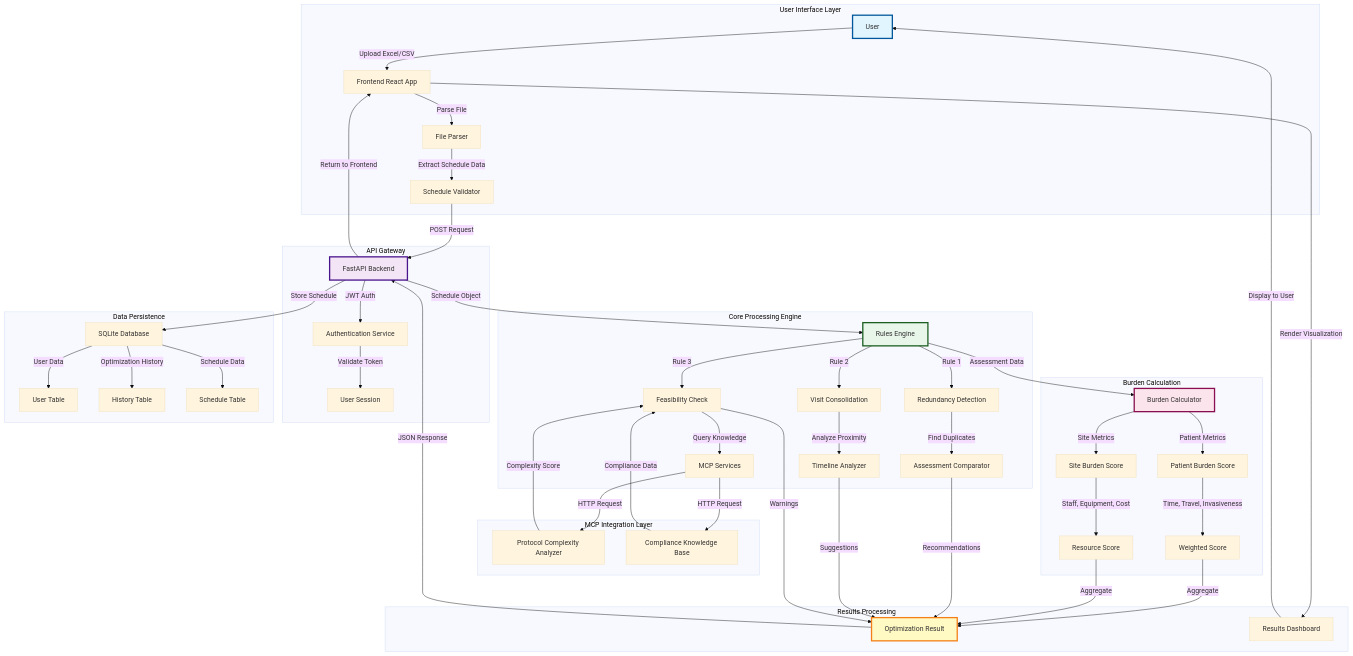
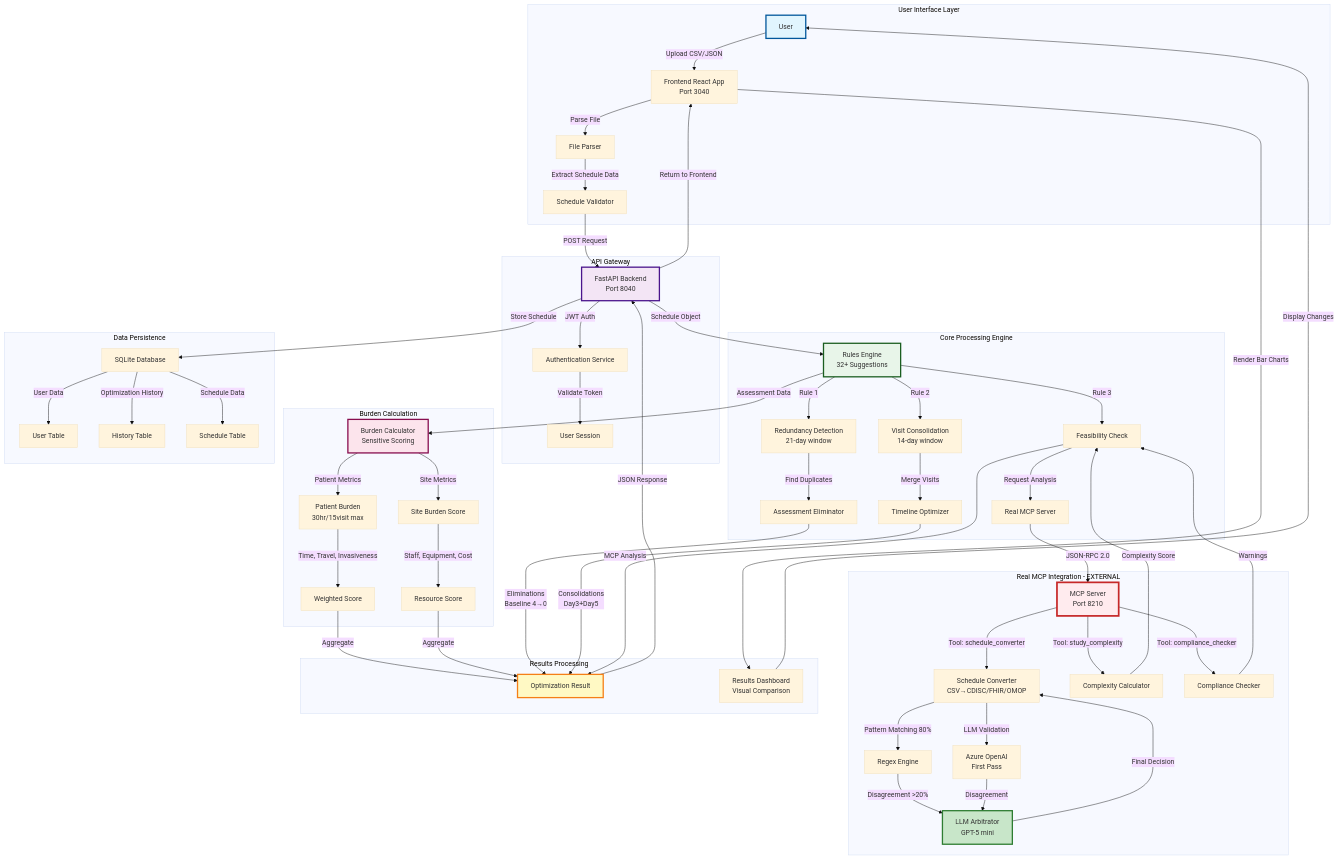
Before and after one commit to sagearbor/schedule-assessments-optimizer: the diagram in frontend/public/diagrams/data-flow-detailed.mmd, drawn with Mermaid (base theme). The commit also changed 14 other files, not shown here.

First line of the commit message:
Integrate real MCP server and update documentation

```diff
--- a/frontend/public/diagrams/data-flow-detailed.mmd
+++ b/frontend/public/diagrams/data-flow-detailed.mmd
@@ -1,65 +1,76 @@
 graph TB
     subgraph "User Interface Layer"
-        A[User] -->|Upload Excel/CSV| B[Frontend React App]
+        A[User] -->|Upload CSV/JSON| B[Frontend React App<br/>Port 3040]
         B -->|Parse File| C[File Parser]
         C -->|Extract Schedule Data| D[Schedule Validator]
     end
-    
+
     subgraph "API Gateway"
-        D -->|POST Request| E[FastAPI Backend]
+        D -->|POST Request| E[FastAPI Backend<br/>Port 8040]
         E -->|JWT Auth| F[Authentication Service]
         F -->|Validate Token| G[User Session]
     end
-    
+
     subgraph "Core Processing Engine"
-        E -->|Schedule Object| H[Rules Engine]
-        
-        H -->|Rule 1| I[Redundancy Detection]
-        I -->|Find Duplicates| J[Assessment Comparator]
-        
-        H -->|Rule 2| K[Visit Consolidation]
-        K -->|Analyze Proximity| L[Timeline Analyzer]
-        
+        E -->|Schedule Object| H[Rules Engine<br/>32+ Suggestions]
+
+        H -->|Rule 1| I[Redundancy Detection<br/>21-day window]
+        I -->|Find Duplicates| J[Assessment Eliminator]
+
+        H -->|Rule 2| K[Visit Consolidation<br/>14-day window]
+        K -->|Merge Visits| L[Timeline Optimizer]
+
         H -->|Rule 3| M[Feasibility Check]
-        M -->|Query Knowledge| N[MCP Services]
+        M -->|Request Analysis| MCP[Real MCP Server]
     end
-    
-    subgraph "MCP Integration Layer"
-        N -->|HTTP Request| O[Protocol Complexity Analyzer]
-        N -->|HTTP Request| P[Compliance Knowledge Base]
-        O -->|Complexity Score| M
-        P -->|Compliance Data| M
+
+    subgraph "Real MCP Integration - EXTERNAL"
+        MCP -->|JSON-RPC 2.0| MCPServ[MCP Server<br/>Port 8210]
+        MCPServ -->|Tool: schedule_converter| Conv[Schedule Converter<br/>CSV→CDISC/FHIR/OMOP]
+        MCPServ -->|Tool: study_complexity| Complex[Complexity Calculator]
+        MCPServ -->|Tool: compliance_checker| Comply[Compliance Checker]
+
+        Conv -->|Pattern Matching 80%| Pattern[Regex Engine]
+        Conv -->|LLM Validation| LLM1[Azure OpenAI<br/>First Pass]
+        Pattern -->|Disagreement >20%| Judge[LLM Arbitrator<br/>GPT-5 mini]
+        LLM1 -->|Disagreement| Judge
+        Judge -->|Final Decision| Conv
+
+        Complex -->|Complexity Score| M
+        Comply -->|Warnings| M
     end
-    
+
     subgraph "Burden Calculation"
-        H -->|Assessment Data| Q[Burden Calculator]
-        Q -->|Patient Metrics| R[Patient Burden Score]
+        H -->|Assessment Data| Q[Burden Calculator<br/>Sensitive Scoring]
+        Q -->|Patient Metrics| R[Patient Burden<br/>30hr/15visit max]
         Q -->|Site Metrics| S[Site Burden Score]
         R -->|Time, Travel, Invasiveness| T[Weighted Score]
         S -->|Staff, Equipment, Cost| U[Resource Score]
     end
-    
+
     subgraph "Data Persistence"
         E -->|Store Schedule| V[SQLite Database]
         V -->|User Data| W[User Table]
         V -->|Optimization History| X[History Table]
         V -->|Schedule Data| Y[Schedule Table]
     end
-    
+
     subgraph "Results Processing"
         T -->|Aggregate| Z[Optimization Result]
         U -->|Aggregate| Z
-        J -->|Recommendations| Z
-        L -->|Suggestions| Z
-        M -->|Warnings| Z
+        J -->|Eliminations<br/>Baseline 4→0| Z
+        L -->|Consolidations<br/>Day3+Day5| Z
+        M -->|MCP Analysis| Z
         Z -->|JSON Response| E
         E -->|Return to Frontend| B
-        B -->|Render Visualization| AA[Results Dashboard]
-        AA -->|Display to User| A
+        B -->|Render Bar Charts| AA[Results Dashboard<br/>Visual Comparison]
+        AA -->|Display Changes| A
     end
-    
+
     style A fill:#e1f5fe,stroke:#01579b,stroke-width:3px
     style E fill:#f3e5f5,stroke:#4a148c,stroke-width:3px
     style H fill:#e8f5e9,stroke:#1b5e20,stroke-width:3px
     style Q fill:#fce4ec,stroke:#880e4f,stroke-width:3px
     style Z fill:#fff9c4,stroke:#f57f17,stroke-width:3px
+    style MCPServ fill:#ffebee,stroke:#c62828,stroke-width:4px
+    style Judge fill:#c8e6c9,stroke:#2e7d32,stroke-width:3px
```
